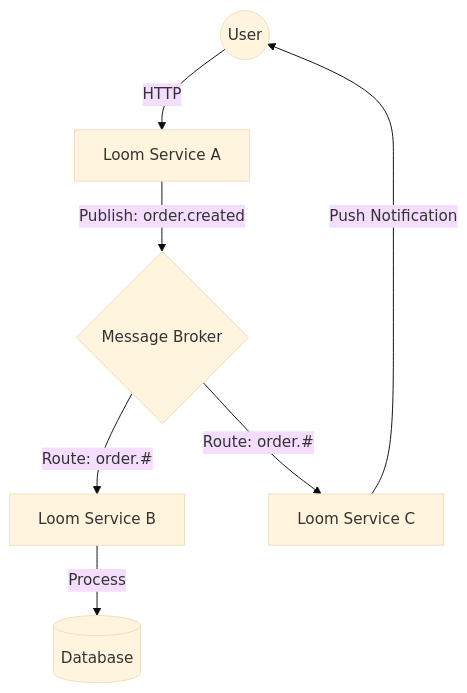
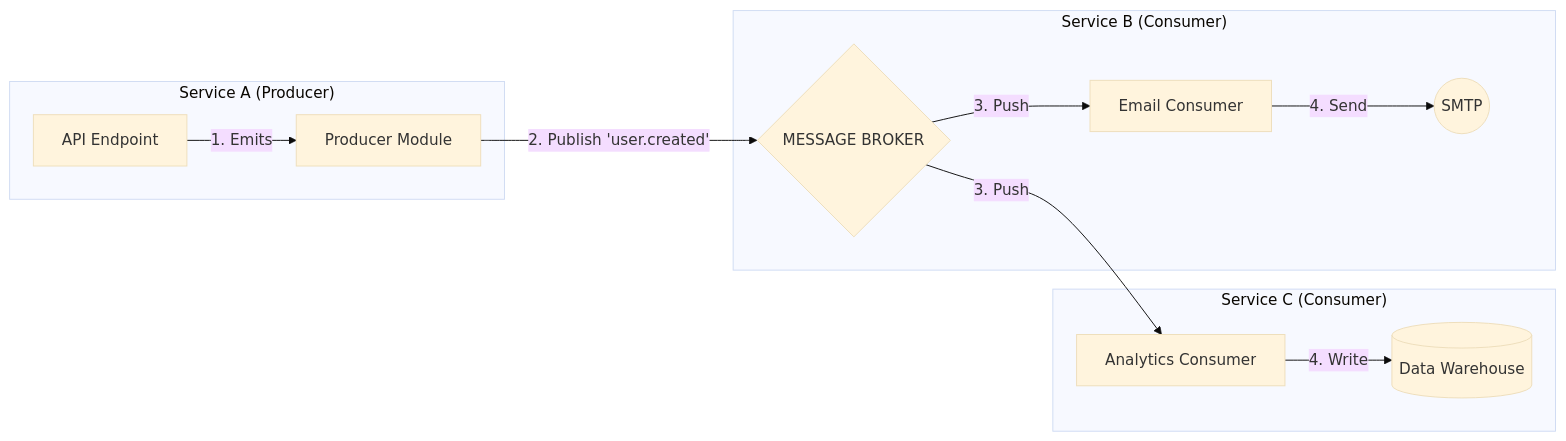
One commit to link-loom/loom-sdk changed the first of 2 diagrams in docs/adapters/events.md. Above: the diagram before and after it, drawn with Mermaid (base theme). The commit also changed other lines of this file and 1 other file, not shown here.

````diff
--- a/docs/adapters/events.md
+++ b/docs/adapters/events.md
@@ -25,9 +57,18 @@
 ```mermaid
-graph TD
-    User((User)) -- HTTP --> NodeA[Loom Service A]
-    NodeA -- "Publish: order.created" --> Broker{Message Broker}
-    Broker -- "Route: order.#" --> NodeB[Loom Service B]
-    Broker -- "Route: order.#" --> NodeC[Loom Service C]
-    NodeB -- "Process" --> DB[(Database)]
-    NodeC -- "Push Notification" --> User
+graph LR
+    subgraph "Service A (Producer)"
+        API[API Endpoint] -->|1. Emits| P[Producer Module]
+    end
+
+    P -->|2. Publish 'user.created'| B{MESSAGE BROKER}
+
+    subgraph "Service B (Consumer)"
+        B -->|3. Push| C1[Email Consumer]
+        C1 -->|4. Send| SMTP((SMTP))
+    end
+
+    subgraph "Service C (Consumer)"
+        B -->|3. Push| C2[Analytics Consumer]
+        C2 -->|4. Write| DB[(Data Warehouse)]
+    end
 ```
````
